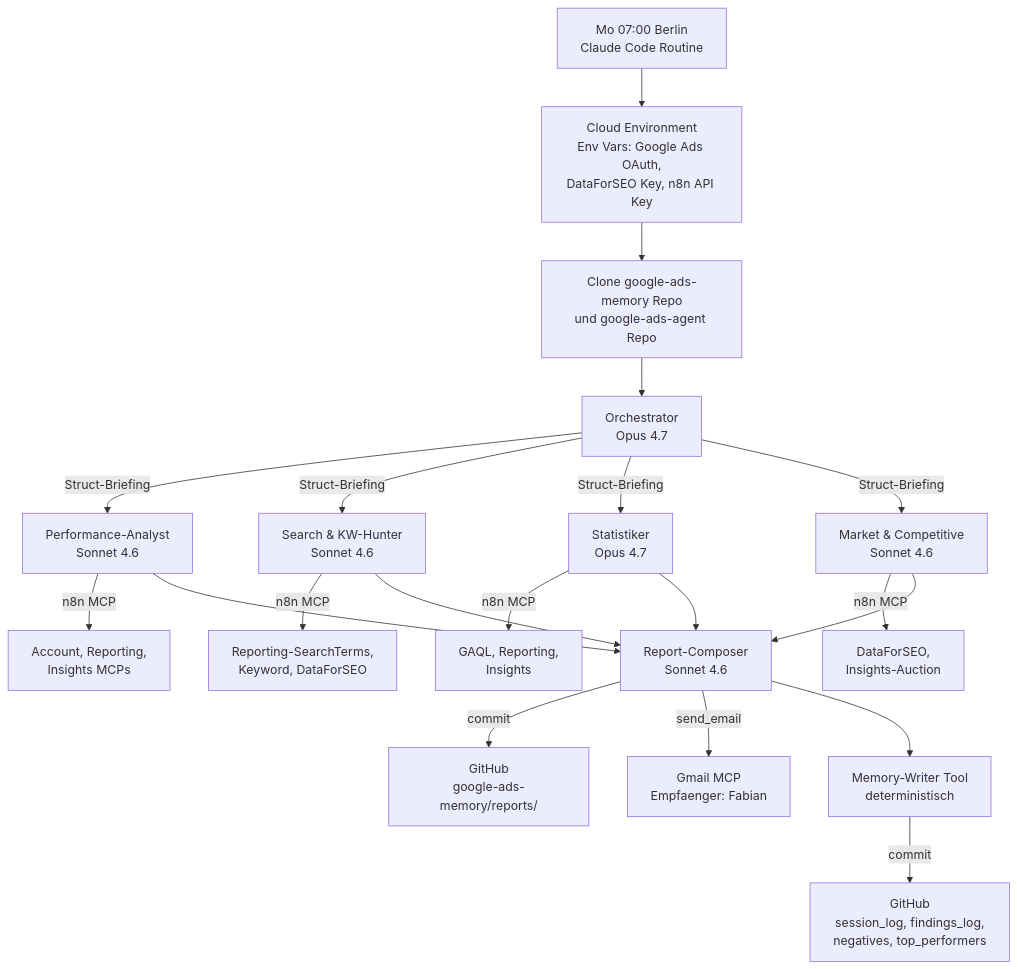
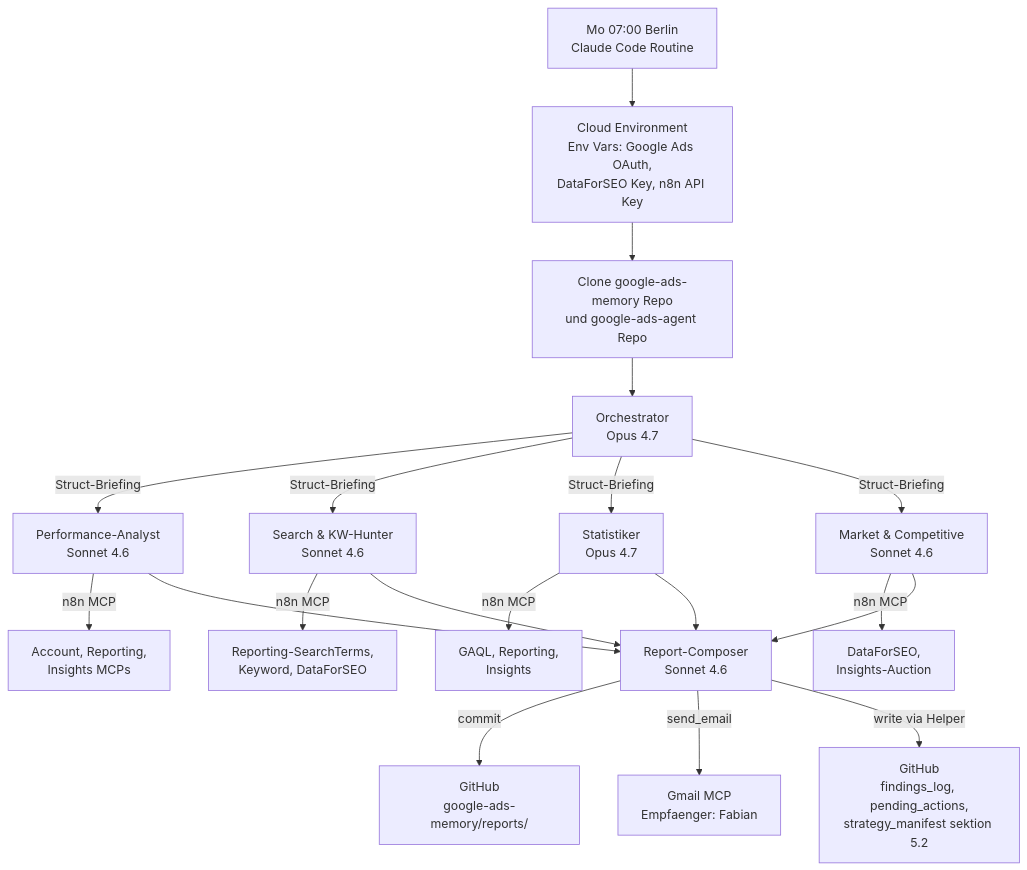
Before and after one commit to F4bse-94/google-ads-agent: the diagram in docs/architecture.md, drawn with Mermaid. The commit also changed other lines of this file and 1 other file, not shown here.

````diff
--- a/docs/architecture.md
+++ b/docs/architecture.md
@@ -11,28 +11,27 @@
 ```mermaid
 flowchart TB
     Cron[Mo 07:00 Berlin<br/>Claude Code Routine] --> Env[Cloud Environment<br/>Env Vars: Google Ads OAuth,<br/>DataForSEO Key, n8n API Key]
     Env --> Clone[Clone google-ads-memory Repo<br/>und google-ads-agent Repo]
     Clone --> Orch
 
     Orch[Orchestrator<br/>Opus 4.7]
 
     Orch -->|Struct-Briefing| PA[Performance-Analyst<br/>Sonnet 4.6]
     Orch -->|Struct-Briefing| SKH[Search & KW-Hunter<br/>Sonnet 4.6]
     Orch -->|Struct-Briefing| STA[Statistiker<br/>Opus 4.7]
     Orch -->|Struct-Briefing| MC[Market & Competitive<br/>Sonnet 4.6]
 
     PA -->|n8n MCP| MCP1[Account, Reporting,<br/>Insights MCPs]
     SKH -->|n8n MCP| MCP2[Reporting-SearchTerms,<br/>Keyword, DataForSEO]
     STA -->|n8n MCP| MCP3[GAQL, Reporting,<br/>Insights]
     MC -->|n8n MCP| MCP4[DataForSEO,<br/>Insights-Auction]
 
     PA --> Comp[Report-Composer<br/>Sonnet 4.6]
     SKH --> Comp
     STA --> Comp
     MC --> Comp
 
     Comp -->|commit| GH[GitHub<br/>google-ads-memory/reports/]
     Comp -->|send_email| Gmail[Gmail MCP<br/>Empfaenger: Fabian]
-    Comp --> MW[Memory-Writer Tool<br/>deterministisch]
-    MW -->|commit| GH2[GitHub<br/>session_log, findings_log,<br/>negatives, top_performers]
+    Comp -->|write via Helper| GH2[GitHub<br/>findings_log, pending_actions,<br/>strategy_manifest sektion 5.2]
 ```
````
